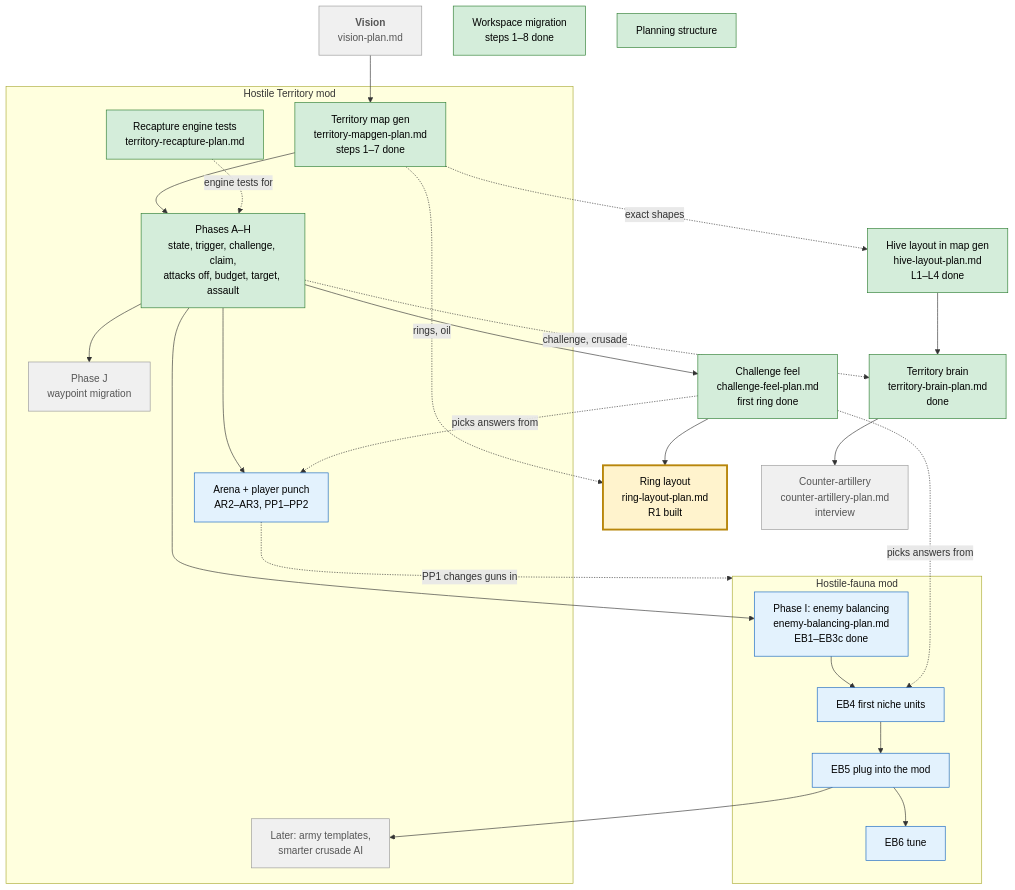
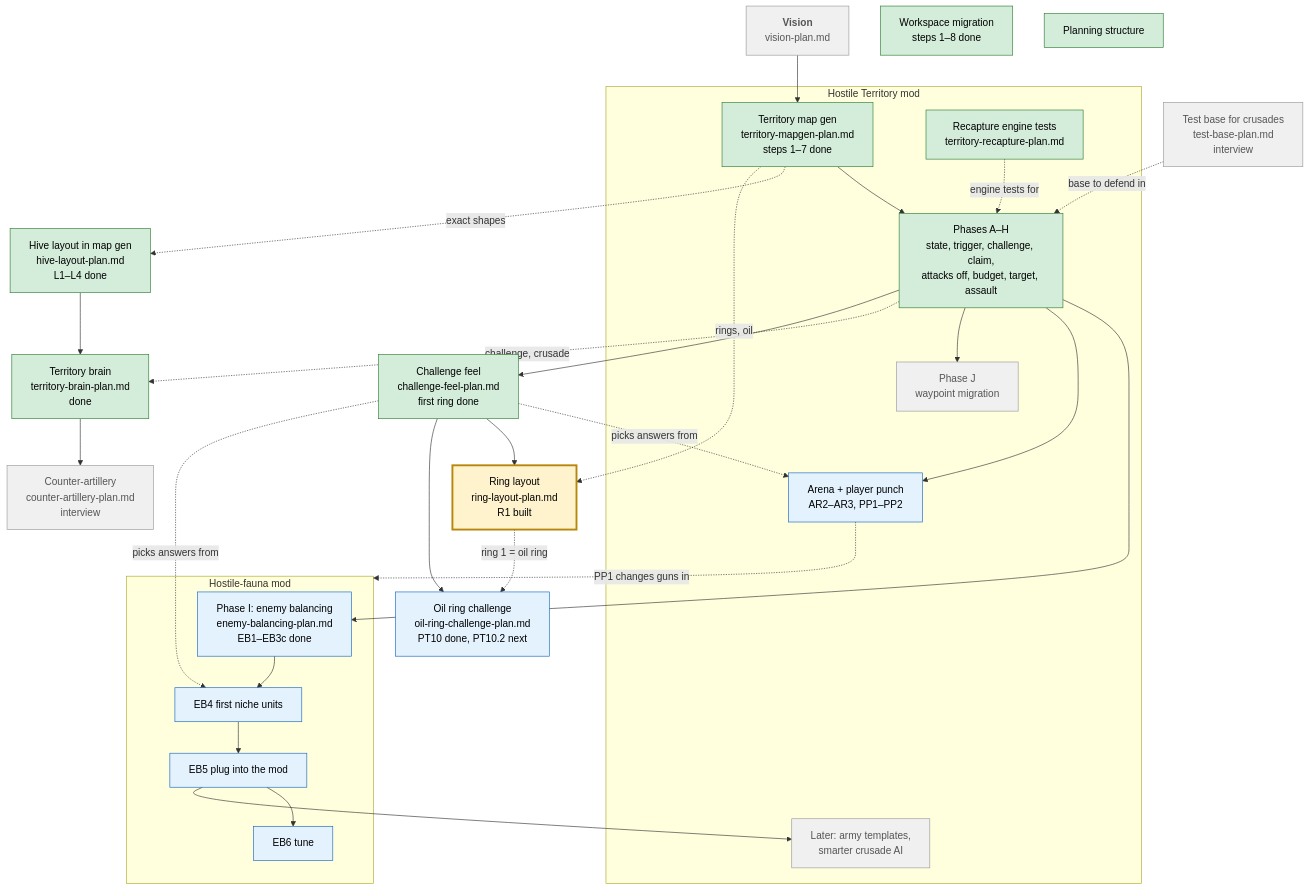
The diagram in plans/roadmap.md (Help-Op/factorio-mods), drawn with Mermaid before and after one commit. The commit also changed other lines of this file and 1 other file, not shown here.

Commit message:
Update roadmap with recent test base plan and adjustments to challenge details

````diff
--- a/plans/roadmap.md
+++ b/plans/roadmap.md
@@ -12,55 +12,60 @@
 ```mermaid
 flowchart TD
     V["<b>Vision</b><br/>vision-plan.md"]
 
     subgraph HT["Hostile Territory mod"]
         MG["Territory map gen<br/>territory-mapgen-plan.md<br/>steps 1–7 done"]
         AH["Phases A–H<br/>state, trigger, challenge, claim,<br/>attacks off, budget, target, assault"]
         REC["Recapture engine tests<br/>territory-recapture-plan.md"]
         AR["Arena + player punch<br/>AR2–AR3, PP1–PP2"]
         J["Phase J<br/>waypoint migration"]
         TPL["Later: army templates,<br/>smarter crusade AI"]
     end
 
     subgraph HF["Hostile-fauna mod"]
         EB["Phase I: enemy balancing<br/>enemy-balancing-plan.md<br/>EB1–EB3c done"]
         EB4["EB4 first niche units"]
         EB5["EB5 plug into the mod"]
         EB6["EB6 tune"]
     end
 
     CF["Challenge feel<br/>challenge-feel-plan.md<br/>first ring done"]
     RL["Ring layout<br/>ring-layout-plan.md<br/>R1 built"]
+    OR["Oil ring challenge<br/>oil-ring-challenge-plan.md<br/>PT10 done, PT10.2 next"]
     HL["Hive layout in map gen<br/>hive-layout-plan.md<br/>L1–L4 done"]
     TB["Territory brain<br/>territory-brain-plan.md<br/>done"]
     CA["Counter-artillery<br/>counter-artillery-plan.md<br/>interview"]
     WS["Workspace migration<br/>steps 1–8 done"]
     PS["Planning structure"]
+    TBASE["Test base for crusades<br/>test-base-plan.md<br/>interview"]
 
     V --> MG --> AH
     REC -. engine tests for .-> AH
     AH --> EB
     EB --> EB4 --> EB5 --> EB6
     EB5 --> TPL
     AH --> AR
     AR -. PP1 changes guns in .-> HF
     AH --> J
     MG -. exact shapes .-> HL
     HL --> TB
     AH -. challenge, crusade .-> TB
     TB --> CA
     AH --> CF
     CF --> RL
+    CF --> OR
+    RL -. ring 1 = oil ring .-> OR
     MG -. rings, oil .-> RL
     CF -. picks answers from .-> EB4
     CF -. picks answers from .-> AR
+    TBASE -. base to defend in .-> AH
 
     classDef done fill:#d4edda,stroke:#2e7d32,color:#000
     classDef now fill:#fff3cd,stroke:#b8860b,stroke-width:3px,color:#000
     classDef next fill:#e3f2fd,stroke:#1565c0,color:#000
     classDef later fill:#f0f0f0,stroke:#999,color:#555
     class MG,AH,REC,WS,PS,HL,TB,CF done
     class RL now
-    class EB,EB4,AR,EB5,EB6 next
-    class J,TPL,V,CA later
+    class EB,EB4,AR,EB5,EB6,OR next
+    class J,TPL,V,CA,TBASE later
 ```
````
